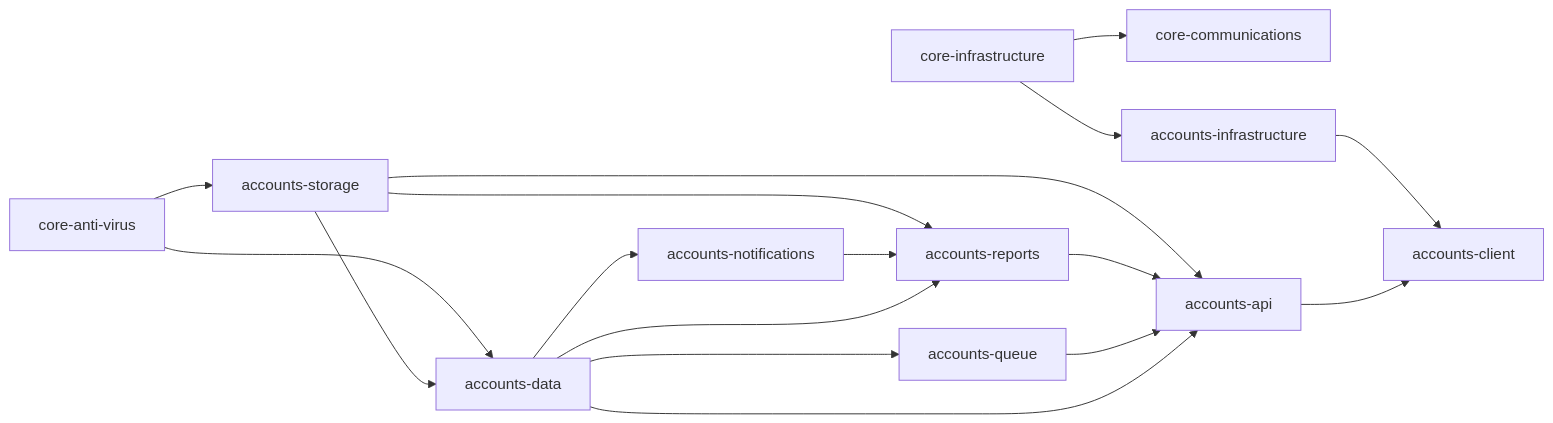
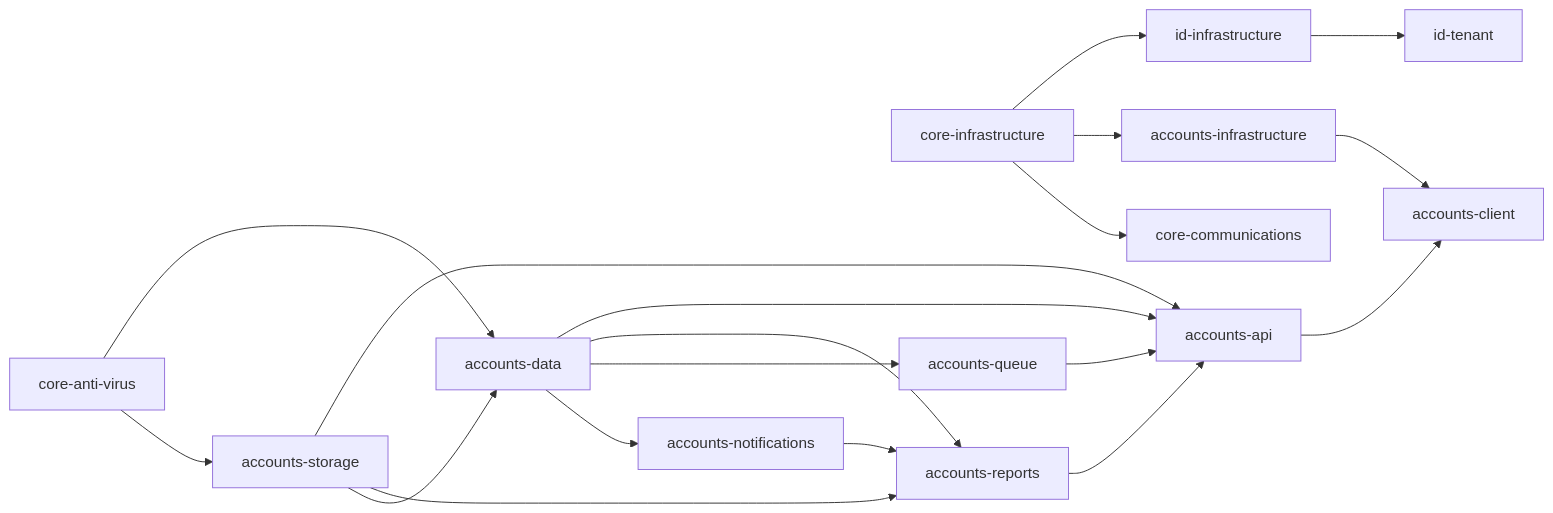
The third of 3 diagrams in docs/architecture.md (motech-development/platform), drawn with Mermaid before and after one commit. The commit also changed other lines of this file and 6 other files, not shown here.

````diff
--- a/docs/architecture.md
+++ b/docs/architecture.md
@@ -159,19 +159,21 @@
 ```mermaid
 flowchart LR
   coreInfra[core-infrastructure] --> comms[core-communications]
   coreInfra --> accInfra[accounts-infrastructure]
   av[core-anti-virus] --> storage[accounts-storage]
   storage --> data[accounts-data]
   av --> data
   data --> notifications[accounts-notifications]
   data --> queue[accounts-queue]
   data --> reports[accounts-reports]
   notifications --> reports
   storage --> reports
   data --> api[accounts-api]
   queue --> api
   reports --> api
   storage --> api
   api --> client[accounts-client]
   accInfra --> client
+  coreInfra --> idInfra[id-infrastructure]
+  idInfra --> tenant[id-tenant]
 ```
````
